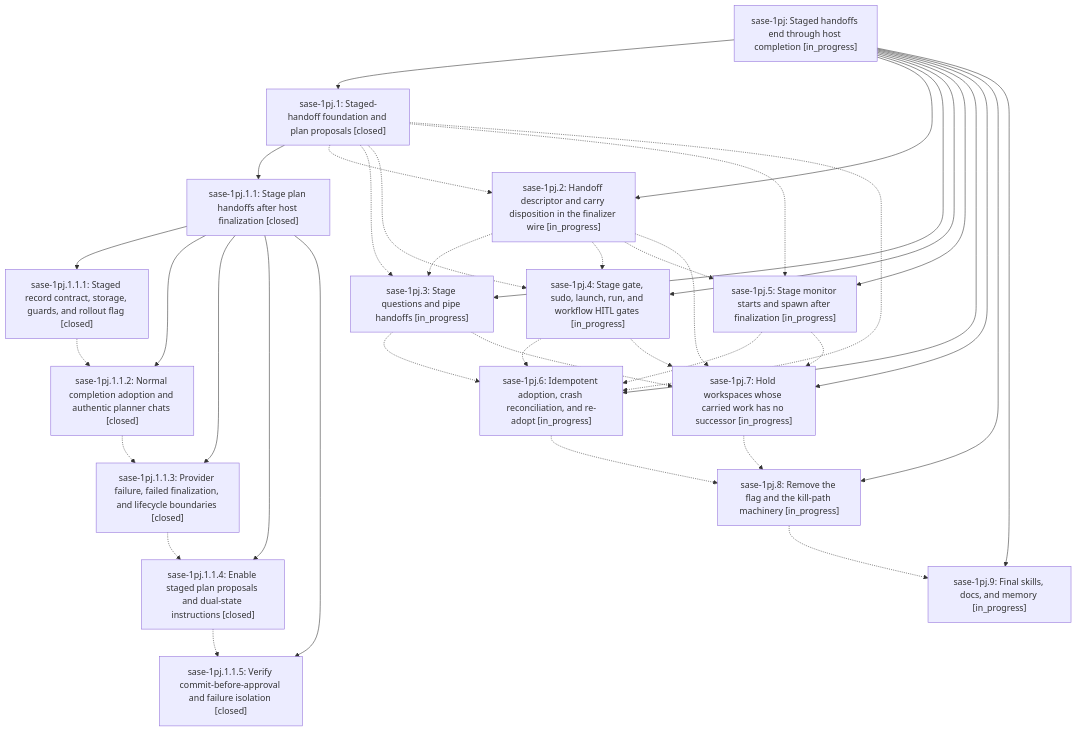
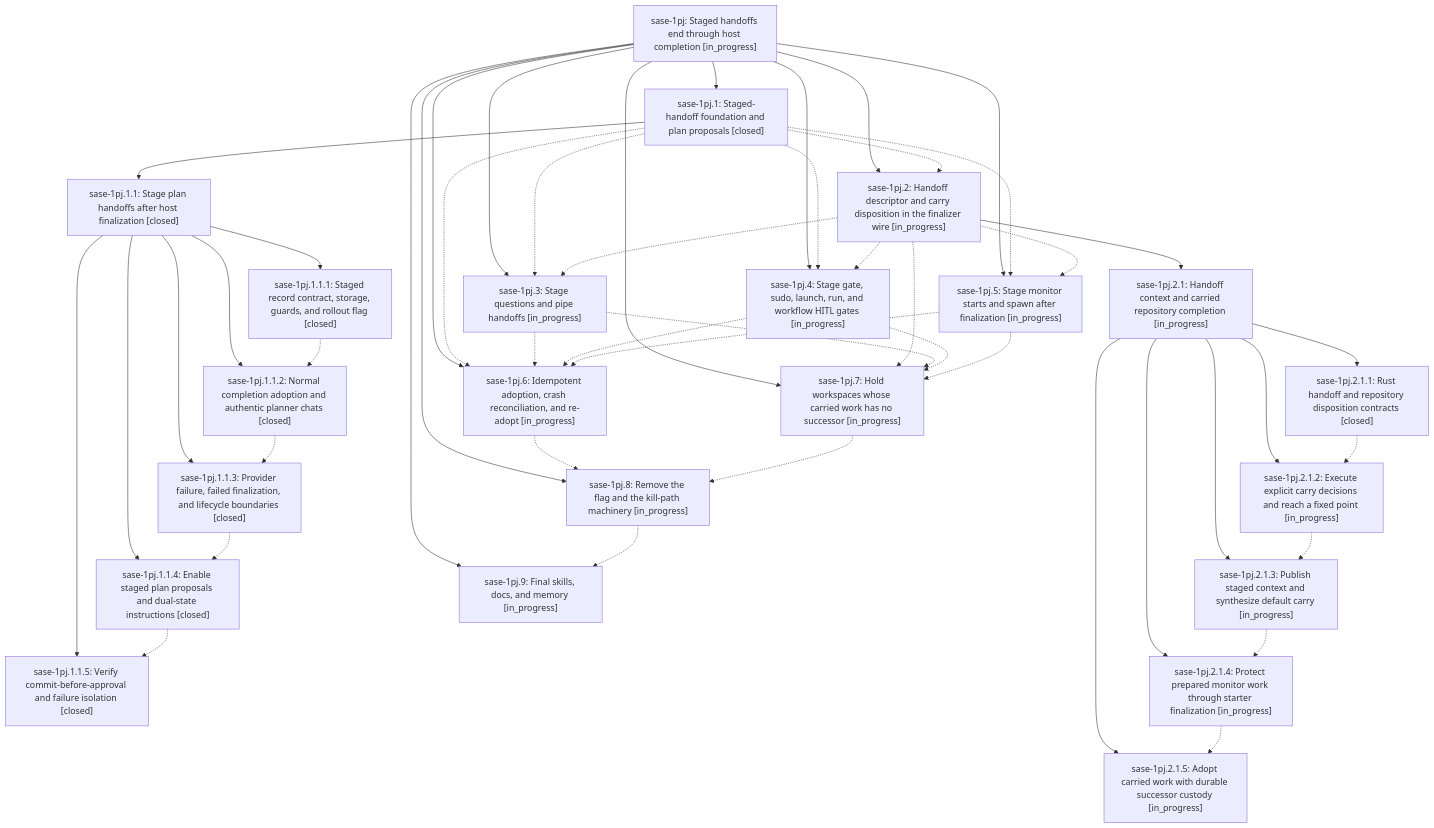
Before and after one commit to sase-org/sase--beads: the diagram in pages/sase-1pj/README.md, drawn with Mermaid. The commit also changed other lines of this file and 7 other files, not shown here.

````diff
--- a/pages/sase-1pj/README.md
+++ b/pages/sase-1pj/README.md
@@ -44,56 +44,72 @@
 ```mermaid
 flowchart TD
     n0["sase-1pj: Staged handoffs end through host completion [in_progress]"]
     n1["sase-1pj.1: Staged-handoff foundation and plan proposals [closed]"]
     n2["sase-1pj.1.1: Stage plan handoffs after host finalization [closed]"]
     n3["sase-1pj.1.1.1: Staged record contract, storage, guards, and rollout flag [closed]"]
     n4["sase-1pj.1.1.2: Normal completion adoption and authentic planner chats [closed]"]
     n5["sase-1pj.1.1.3: Provider failure, failed finalization, and lifecycle boundaries [closed]"]
     n6["sase-1pj.1.1.4: Enable staged plan proposals and dual-state instructions [closed]"]
     n7["sase-1pj.1.1.5: Verify commit-before-approval and failure isolation [closed]"]
     n8["sase-1pj.2: Handoff descriptor and carry disposition in the finalizer wire [in_progress]"]
-    n9["sase-1pj.3: Stage questions and pipe handoffs [in_progress]"]
-    n10["sase-1pj.4: Stage gate, sudo, launch, run, and workflow HITL gates [in_progress]"]
-    n11["sase-1pj.5: Stage monitor starts and spawn after finalization [in_progress]"]
-    n12["sase-1pj.6: Idempotent adoption, crash reconciliation, and re-adopt [in_progress]"]
-    n13["sase-1pj.7: Hold workspaces whose carried work has no successor [in_progress]"]
-    n14["sase-1pj.8: Remove the flag and the kill-path machinery [in_progress]"]
-    n15["sase-1pj.9: Final skills, docs, and memory [in_progress]"]
+    n9["sase-1pj.2.1: Handoff context and carried repository completion [in_progress]"]
+    n10["sase-1pj.2.1.1: Rust handoff and repository disposition contracts [closed]"]
+    n11["sase-1pj.2.1.2: Execute explicit carry decisions and reach a fixed point [in_progress]"]
+    n12["sase-1pj.2.1.3: Publish staged context and synthesize default carry [in_progress]"]
+    n13["sase-1pj.2.1.4: Protect prepared monitor work through starter finalization [in_progress]"]
+    n14["sase-1pj.2.1.5: Adopt carried work with durable successor custody [in_progress]"]
+    n15["sase-1pj.3: Stage questions and pipe handoffs [in_progress]"]
+    n16["sase-1pj.4: Stage gate, sudo, launch, run, and workflow HITL gates [in_progress]"]
+    n17["sase-1pj.5: Stage monitor starts and spawn after finalization [in_progress]"]
+    n18["sase-1pj.6: Idempotent adoption, crash reconciliation, and re-adopt [in_progress]"]
+    n19["sase-1pj.7: Hold workspaces whose carried work has no successor [in_progress]"]
+    n20["sase-1pj.8: Remove the flag and the kill-path machinery [in_progress]"]
+    n21["sase-1pj.9: Final skills, docs, and memory [in_progress]"]
     n0 --> n1
     n1 --> n2
     n2 --> n3
     n2 --> n4
     n2 --> n5
     n2 --> n6
     n2 --> n7
     n0 --> n8
-    n0 --> n9
-    n0 --> n10
-    n0 --> n11
-    n0 --> n12
-    n0 --> n13
-    n0 --> n14
+    n8 --> n9
+    n9 --> n10
+    n9 --> n11
+    n9 --> n12
+    n9 --> n13
+    n9 --> n14
     n0 --> n15
+    n0 --> n16
+    n0 --> n17
+    n0 --> n18
+    n0 --> n19
+    n0 --> n20
+    n0 --> n21
     n1 -.-> n8
-    n1 -.-> n9
-    n1 -.-> n10
-    n1 -.-> n11
-    n1 -.-> n12
+    n1 -.-> n15
+    n1 -.-> n16
+    n1 -.-> n17
+    n1 -.-> n18
     n3 -.-> n4
     n4 -.-> n5
     n5 -.-> n6
     n6 -.-> n7
-    n8 -.-> n9
-    n8 -.-> n10
-    n8 -.-> n11
-    n8 -.-> n13
-    n9 -.-> n12
-    n9 -.-> n13
-    n10 -.-> n12
-    n10 -.-> n13
+    n8 -.-> n15
+    n8 -.-> n16
+    n8 -.-> n17
+    n8 -.-> n19
+    n10 -.-> n11
     n11 -.-> n12
-    n11 -.-> n13
-    n12 -.-> n14
+    n12 -.-> n13
     n13 -.-> n14
-    n14 -.-> n15
+    n15 -.-> n18
+    n15 -.-> n19
+    n16 -.-> n18
+    n16 -.-> n19
+    n17 -.-> n18
+    n17 -.-> n19
+    n18 -.-> n20
+    n19 -.-> n20
+    n20 -.-> n21
 ```
````
